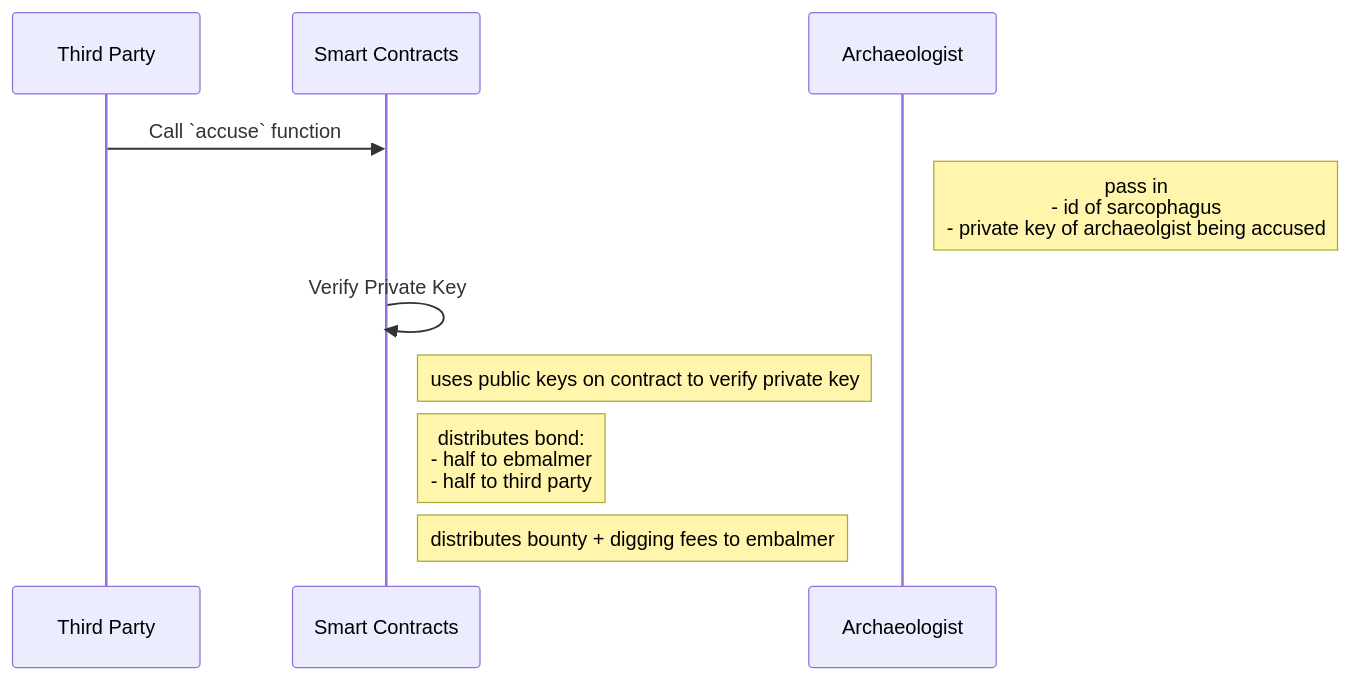
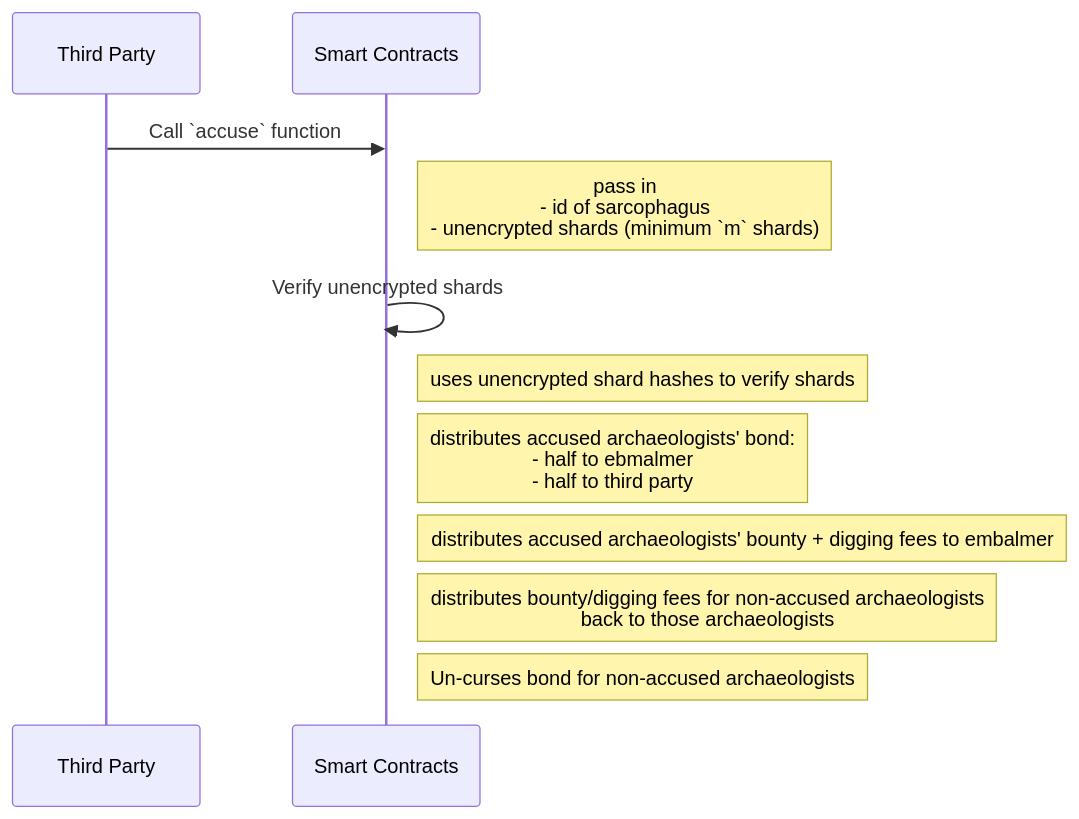
One commit to sarcophagus-org/sarcophagus-v2-specs changed the diagram in accuse-archaeologist.md. Above: the diagram before and after it, drawn with Mermaid. The commit also changed 5 other files, not shown here.

````diff
--- a/accuse-archaeologist.md
+++ b/accuse-archaeologist.md
@@ -1,14 +1,16 @@
 ```mermaid
 sequenceDiagram
   participant Third Party
   participant Smart Contracts
 
   Third Party->>Smart Contracts: Call `accuse` function
 
-  Note right of Archaeologist: pass in<br/>- id of sarcophagus <br/>- private key of archaeolgist being accused
+  Note right of Smart Contracts: pass in<br/>- id of sarcophagus <br/>- unencrypted shards (minimum `m` shards)
   
-  Smart Contracts->>Smart Contracts: Verify Private Key
-  Note right of Smart Contracts: uses public keys on contract to verify private key
-  Note right of Smart Contracts: distributes bond: <br/>- half to ebmalmer<br/>- half to third party
-  Note right of Smart Contracts: distributes bounty + digging fees to embalmer
+  Smart Contracts->>Smart Contracts: Verify unencrypted shards
+  Note right of Smart Contracts: uses unencrypted shard hashes to verify shards
+  Note right of Smart Contracts: distributes accused archaeologists' bond: <br/>- half to ebmalmer<br/>- half to third party
+  Note right of Smart Contracts: distributes accused archaeologists' bounty + digging fees to embalmer
+  Note right of Smart Contracts: distributes bounty/digging fees for non-accused archaeologists <br/> back to those archaeologists
+  Note right of Smart Contracts: Un-curses bond for non-accused archaeologists
 ```
````
